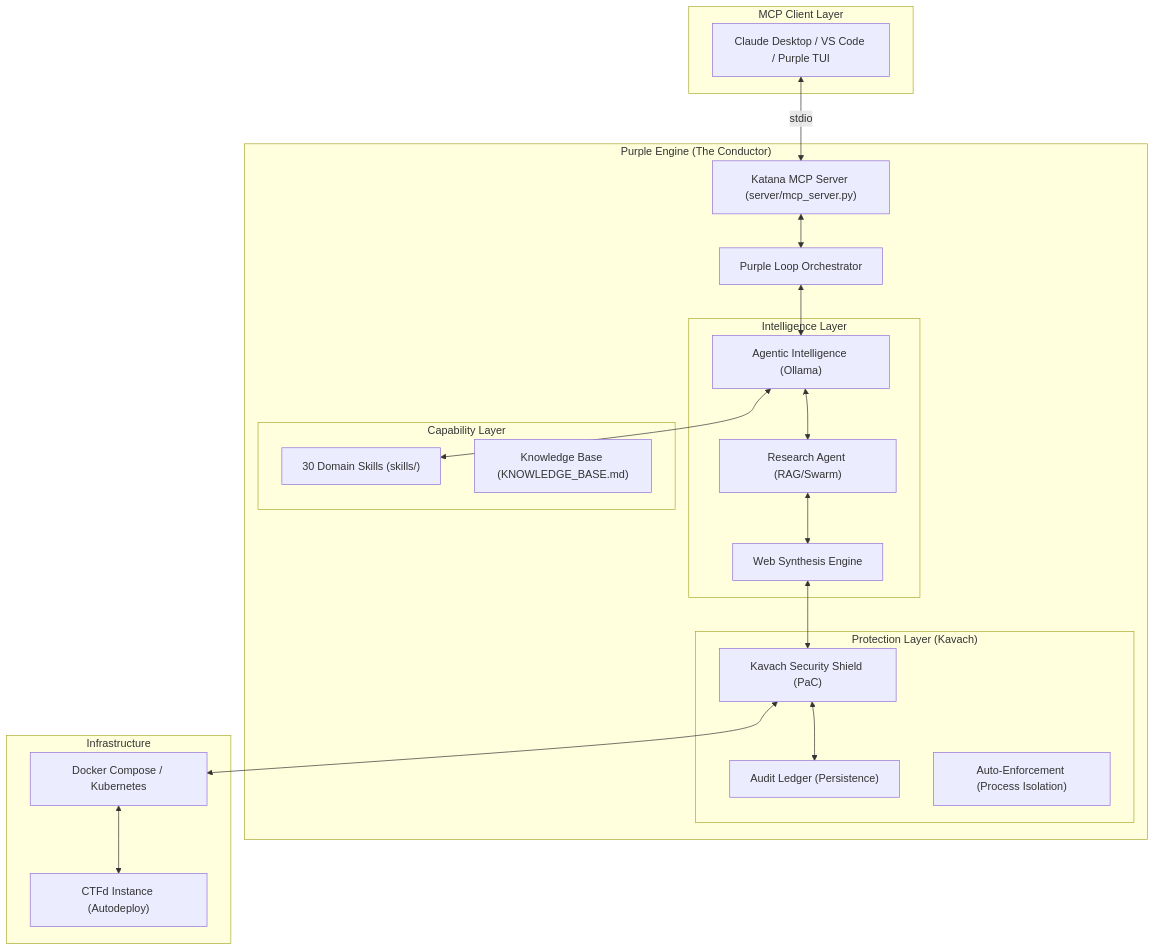
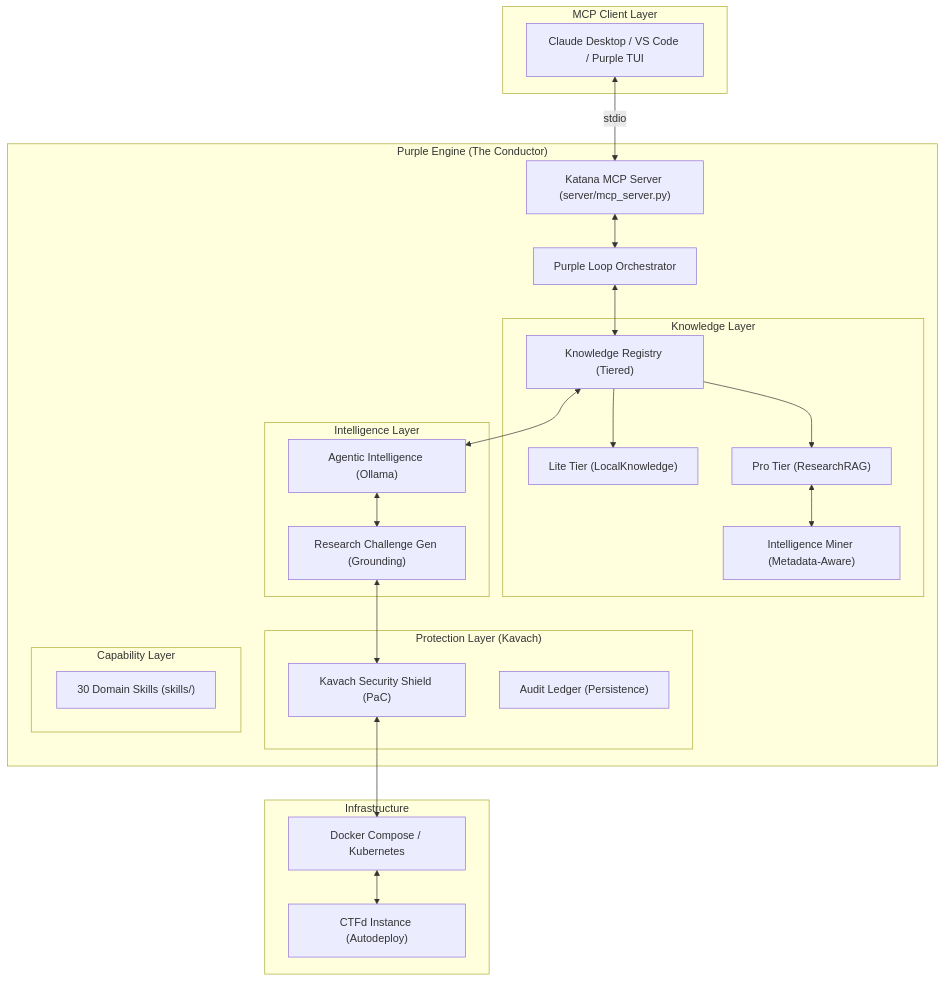
The diagram in docs/ARCHITECTURE.md (djmahe4/ctf-katana), drawn with Mermaid before and after one commit. The commit also changed other lines of this file, not shown here.

````diff
--- a/docs/ARCHITECTURE.md
+++ b/docs/ARCHITECTURE.md
@@ -9,44 +9,49 @@
 ```mermaid
 graph TD
     subgraph "MCP Client Layer"
         Client["Claude Desktop / VS Code / Purple TUI"]
     end
 
     subgraph "Purple Engine (The Conductor)"
         Server["Katana MCP Server (server/mcp_server.py)"]
         Orchestrator["Purple Loop Orchestrator"]
         
+        subgraph "Knowledge Layer"
+            Registry["Knowledge Registry (Tiered)"]
+            Lite["Lite Tier (LocalKnowledge)"]
+            Pro["Pro Tier (ResearchRAG)"]
+            Miner["Intelligence Miner (Metadata-Aware)"]
+        end
+        
         subgraph "Intelligence Layer"
             Agents["Agentic Intelligence (Ollama)"]
-            Research["Research Agent (RAG/Swarm)"]
-            Synthesis["Web Synthesis Engine"]
+            Synthesis["Research Challenge Gen (Grounding)"]
         end
         
         subgraph "Protection Layer (Kavach)"
             Shield["Kavach Security Shield (PaC)"]
             Audit["Audit Ledger (Persistence)"]
-            Enforcement["Auto-Enforcement (Process Isolation)"]
         end
         
         subgraph "Capability Layer"
             Skills["30 Domain Skills (skills/)"]
-            KB["Knowledge Base (KNOWLEDGE_BASE.md)"]
         end
     end
 
     subgraph "Infrastructure"
         Docker["Docker Compose / Kubernetes"]
         CTFd["CTFd Instance (Autodeploy)"]
     end
 
     Client <-->|stdio| Server
     Server <--> Orchestrator
-    Orchestrator <--> Agents
-    Agents <--> Research
-    Research <--> Synthesis
+    Orchestrator <--> Registry
+    Registry --> Lite
+    Registry --> Pro
+    Pro <--> Miner
+    Registry <--> Agents
+    Agents <--> Synthesis
     Synthesis <--> Shield
     Shield <--> Docker
     Docker <--> CTFd
-    Agents <--> Skills
-    Shield <--> Audit
 ```
````
